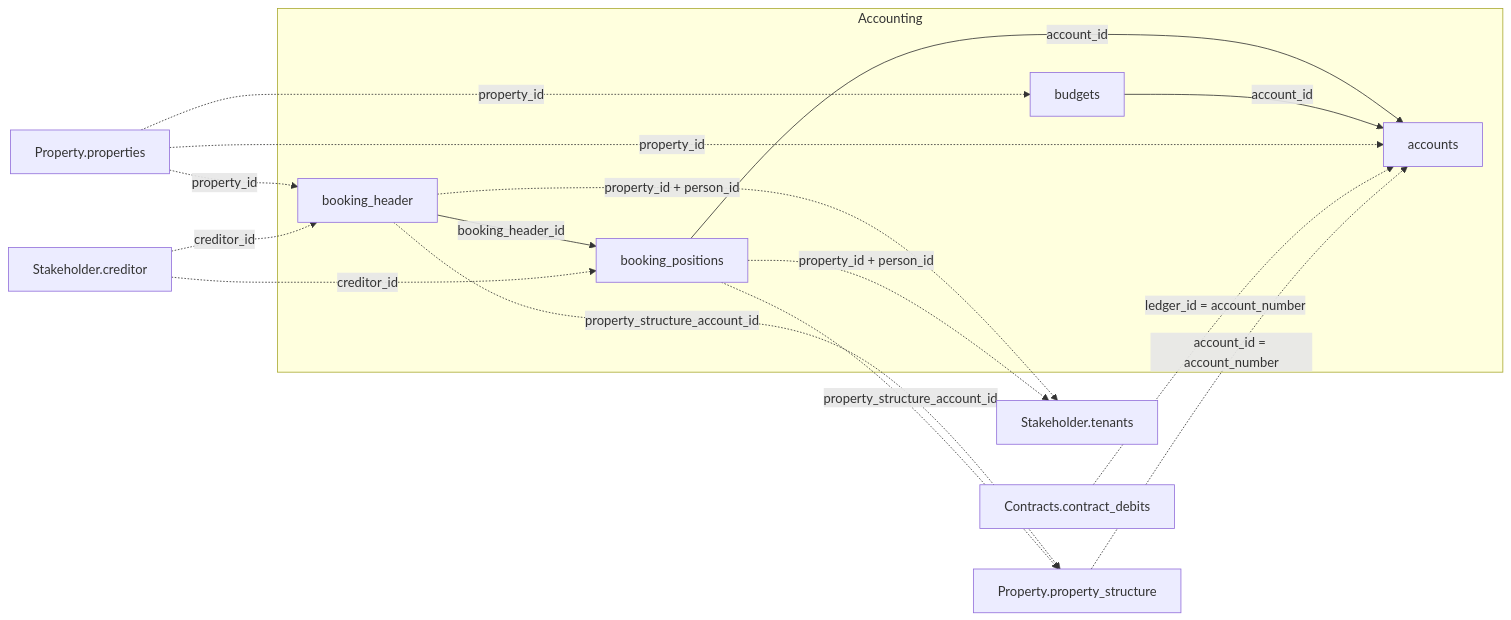
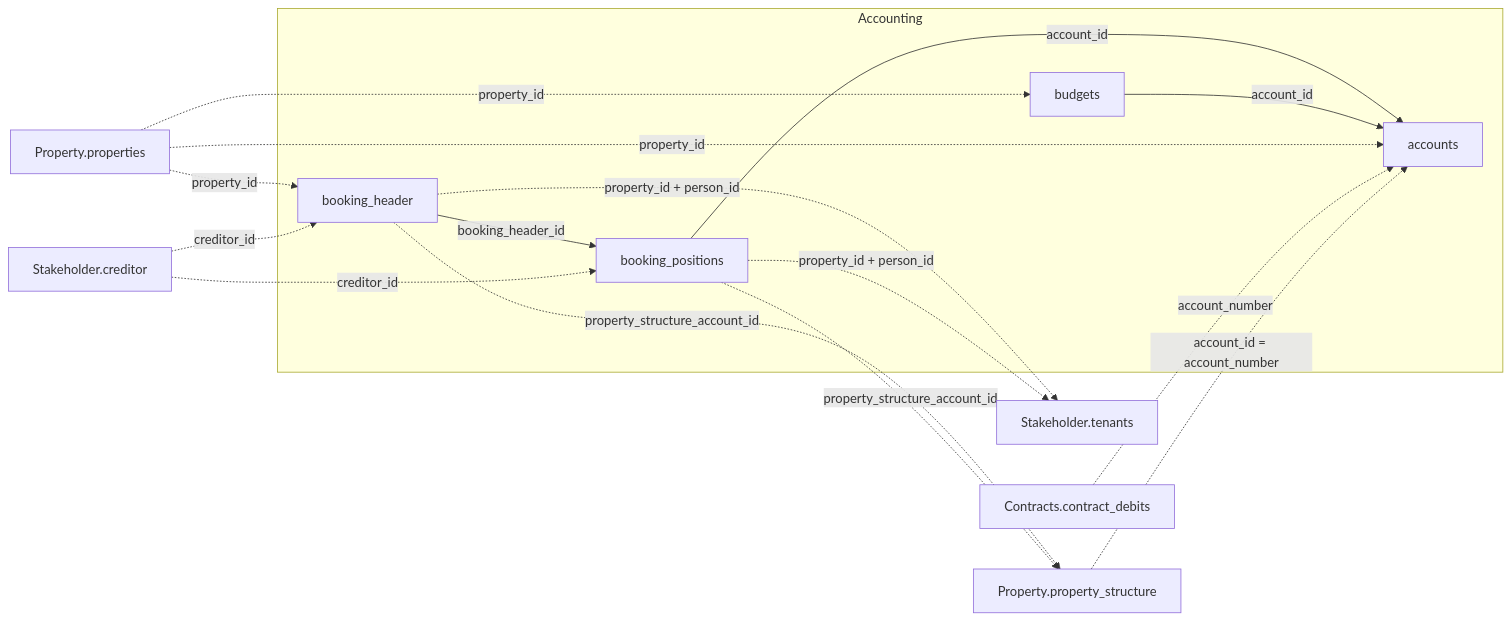
Before and after one commit to Trassets-ai/api-docs: the diagram in de/v1/data-model/accounting.mdx, drawn with Mermaid. The commit also changed 3 other files, not shown here.

First line of the commit message:
Rename: contract_debits.ledger_id zu account_number

````diff
--- a/de/v1/data-model/accounting.mdx
+++ b/de/v1/data-model/accounting.mdx
@@ -11,31 +11,31 @@
 ```mermaid
 graph LR
   subgraph Accounting
     booking_header["booking_header"]
     booking_positions["booking_positions"]
     accounts["accounts"]
     budgets["budgets"]
   end
 
   properties["Property.properties"]
   property_structure["Property.property_structure"]
   contract_debits["Contracts.contract_debits"]
   tenants["Stakeholder.tenants"]
   creditor["Stakeholder.creditor"]
 
   booking_header -->|booking_header_id| booking_positions
   booking_positions -->|account_id| accounts
   budgets -->|account_id| accounts
 
   properties -.->|property_id| booking_header
   properties -.->|property_id| budgets
   properties -.->|property_id| accounts
-  contract_debits -.->|ledger_id = account_number| accounts
+  contract_debits -.->|account_number| accounts
   property_structure -.->|account_id = account_number| accounts
   booking_header -.->|property_id + person_id| tenants
   booking_positions -.->|property_id + person_id| tenants
   booking_header -.->|property_structure_account_id| property_structure
   booking_positions -.->|property_structure_account_id| property_structure
   creditor -.->|creditor_id| booking_header
   creditor -.->|creditor_id| booking_positions
 ```
````
